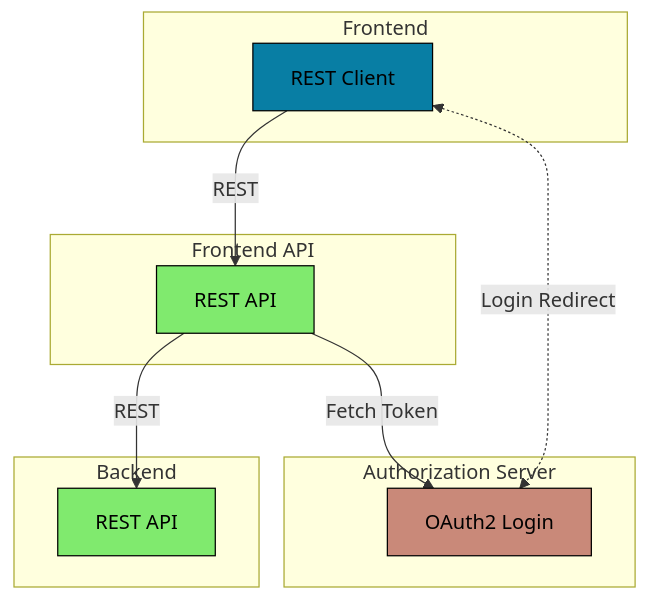
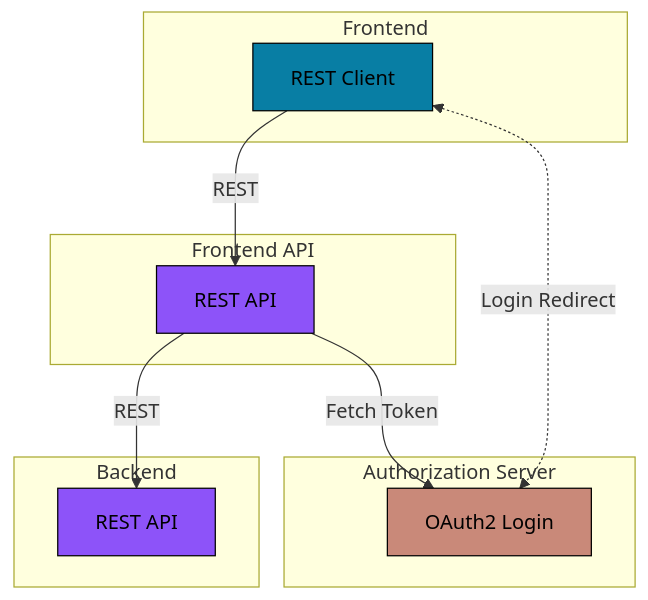
Before and after one commit to onlyteo/ktor-sandbox: the diagram in ktor-oauth2-token-relay/README.md, drawn with Mermaid. The commit also changed 5 other files, not shown here.

````diff
--- a/ktor-oauth2-token-relay/README.md
+++ b/ktor-oauth2-token-relay/README.md
@@ -10,23 +10,24 @@
 ```mermaid
 graph TD
     subgraph Authorization Server
-        X[OAuth2 Login]
+        X[OAuth2 Login]:::oauth2
     end
     subgraph Frontend
-        A[REST Client]
+        A[REST Client]:::react
     end
     subgraph Frontend API
-        B[REST API]
+        B[REST API]:::ktor
     end
     subgraph Backend
-        C[REST API]
+        C[REST API]:::ktor
     end
 
-    A:::react -- REST --> B:::spring
-    B:::spring -- REST --> C:::spring
-    A:::react <-. Login Redirect .-> X:::oauth2
-    B:::spring -- Fetch Token --> X:::oauth2
+    A -- REST --> B
+    B-- REST --> C
+    A <-. Login Redirect .-> X
+    B -- Fetch Token --> X
+
     classDef react fill: #087ea4, stroke: #000000, color: #000000
-    classDef spring fill: #80ea6e, stroke: #000000, color: #000000
+    classDef ktor fill: #8d53f9, stroke: #000000, color: #000000
     classDef oauth2 fill: #c98979, stroke: #000000, color: #000000
 ```
````
